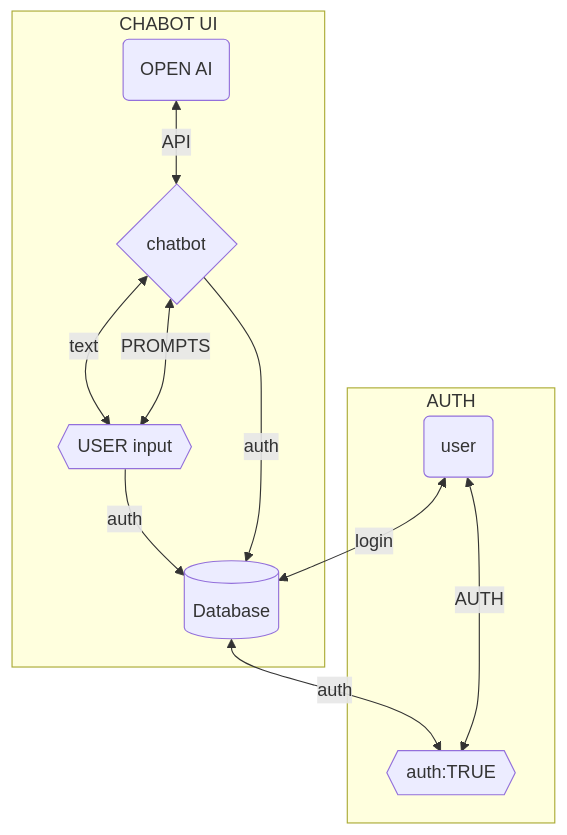
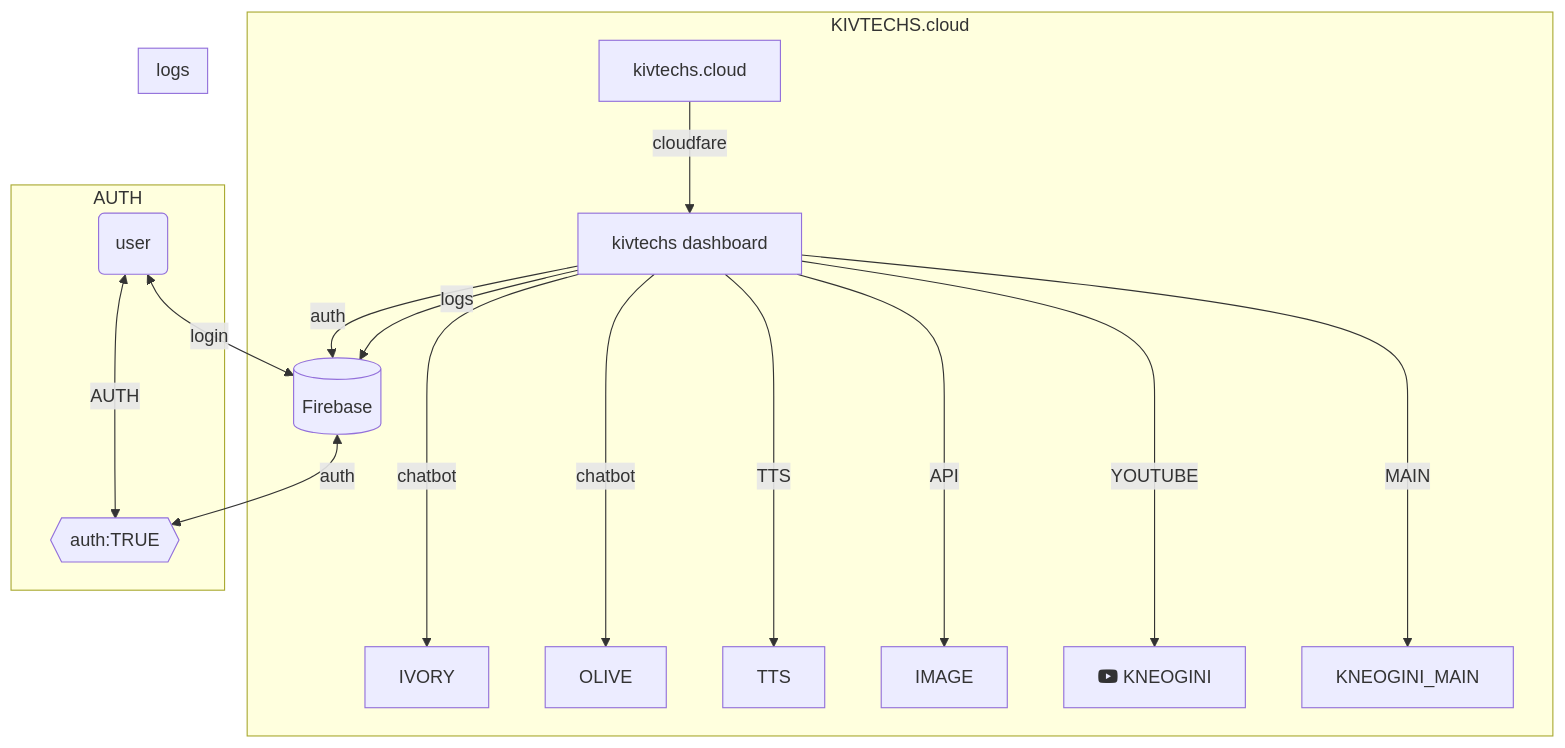
Before and after one commit to kivtechs-uml/.github: the diagram in profile/README.md, drawn with Mermaid. The commit also changed other lines of this file, not shown here.

````diff
--- a/profile/README.md
+++ b/profile/README.md
@@ -4,17 +6,23 @@
 ```mermaid
-flowchart TB
-     subgraph CHABOT UI
-     A(OPEN AI) <-- API --> B{chatbot} <-- text --> C{{USER input }}
-     B <-- PROMPTS --> C
-     C --auth--> D[(Database)]
-     B -- auth --> D
+flowchart TD
+    subgraph KIVTECHS.cloud
+    A[kivtechs.cloud] -->|cloudfare| B(kivtechs dashboard)
+    B[kivtechs dashboard] ----> |chatbot| C1[IVORY]
+    B[kivtechs dashboard] ----> |chatbot| C2[OLIVE]
+    B[kivtechs dashboard] ----> |TTS| H[TTS]
+    B[kivtechs dashboard] ----> |API| E[IMAGE]
+    B[kivtechs dashboard] ----> |YOUTUBE| I[fab:fa-youtube KNEOGINI]
+    B[kivtechs dashboard] ----> |MAIN| G[KNEOGINI_MAIN]
+    B --auth-->D[(Firebase)]
+    end
+    subgraph AUTH
+      A1(user) <-- login --> D[(Firebase)] <-- auth --> U{{ auth:TRUE }}
+     A1  <-- AUTH --> U
      end
-     subgraph AUTH
-     A1(user) <-- login --> D[(Database)] <-- auth --> C1{{ auth:TRUE }}
-     A1  <-- AUTH --> C1
-     end
-  
-    
+subgraph logs
+ B --logs --> D[(Firebase)]
+end
+
 
 
 ```
````
